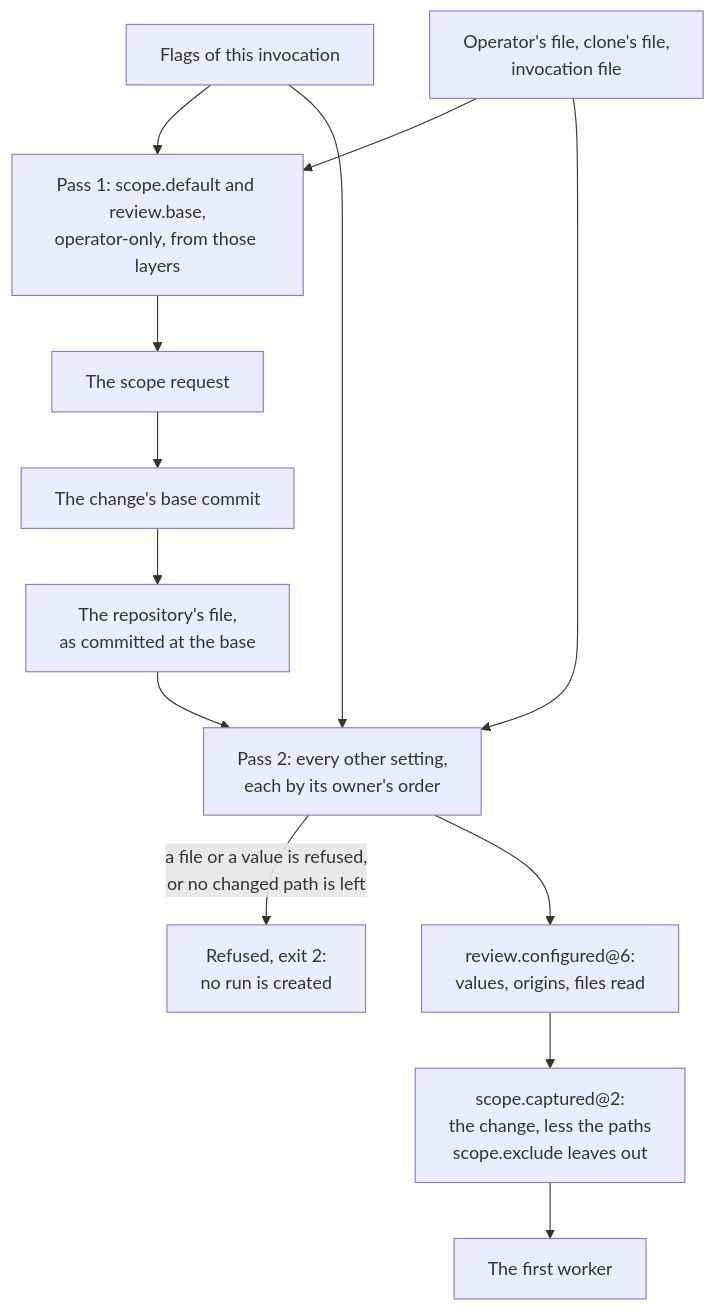
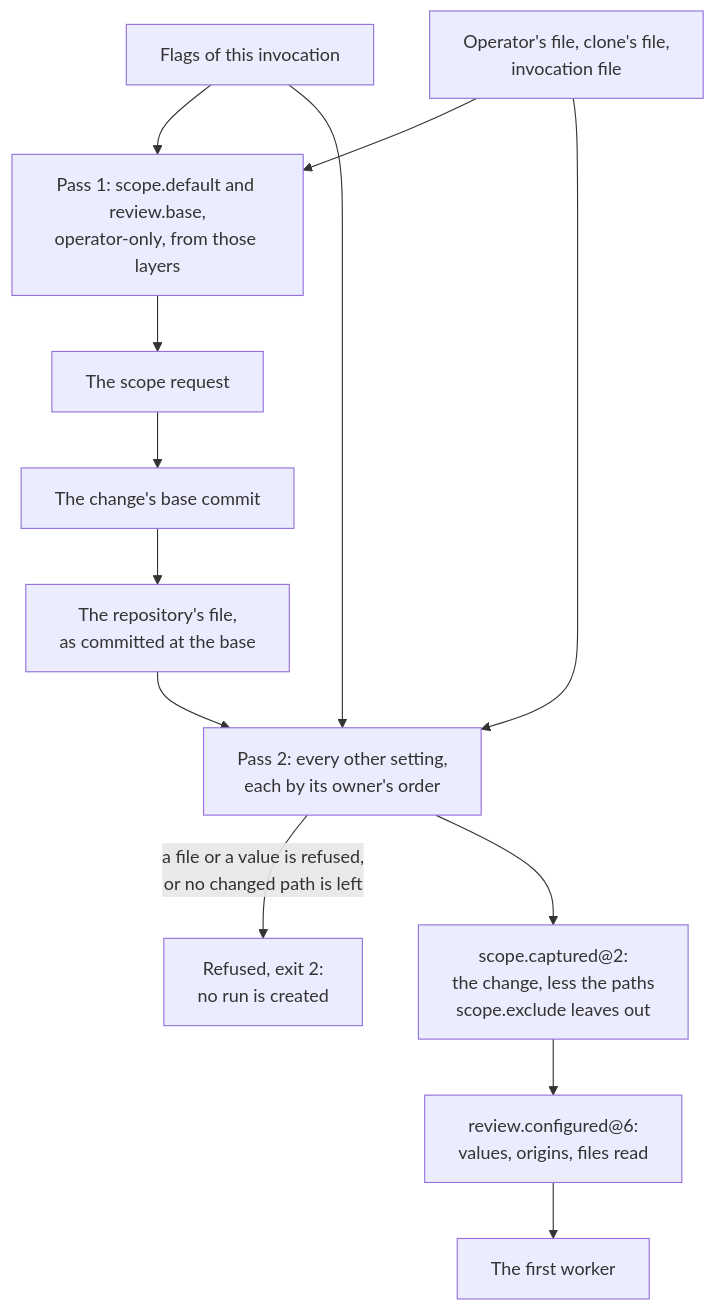
Before and after one commit to josephjang/deep-review: the diagram in docs/changes/2026-10-16-configuration.design.md, drawn with Mermaid. The commit also changed other lines of this file, not shown here.

````diff
--- a/docs/changes/2026-10-16-configuration.design.md
+++ b/docs/changes/2026-10-16-configuration.design.md
@@ -168,15 +168,15 @@
 ```mermaid
 flowchart TD
     FL[Flags of this invocation] --> P1
     OPF[Operator's file, clone's file,<br/>invocation file] --> P1
     P1[Pass 1: scope.default and review.base,<br/>operator-only, from those layers] --> REQ[The scope request]
     REQ --> BASE[The change's base commit]
     BASE --> RF[The repository's file,<br/>as committed at the base]
     RF --> P2[Pass 2: every other setting,<br/>each by its owner's order]
     OPF --> P2
     FL --> P2
     P2 -->|a file or a value is refused,<br/>or no changed path is left| REF[Refused, exit 2:<br/>no run is created]
-    P2 --> CONF["review.configured@6:<br/>values, origins, files read"]
-    CONF --> CAP["scope.captured@2:<br/>the change, less the paths<br/>scope.exclude leaves out"]
-    CAP --> WRK[The first worker]
+    P2 --> CAP["scope.captured@2:<br/>the change, less the paths<br/>scope.exclude leaves out"]
+    CAP --> CONF["review.configured@6:<br/>values, origins, files read"]
+    CONF --> WRK[The first worker]
 ```
````
